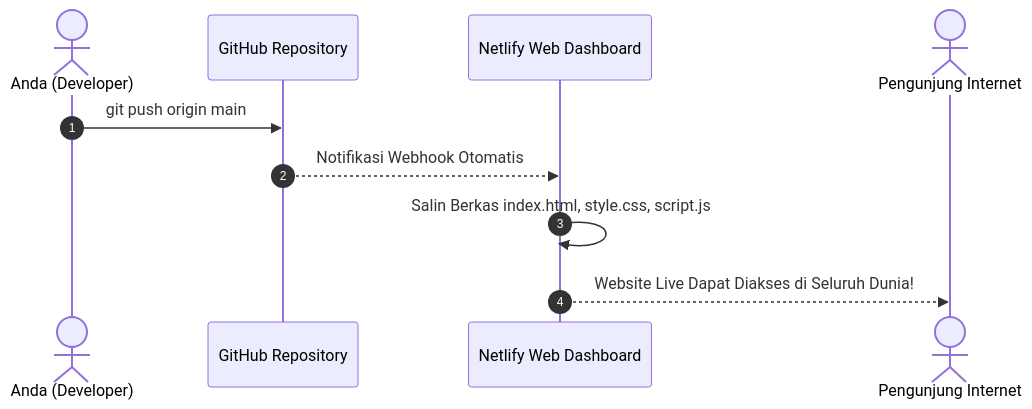
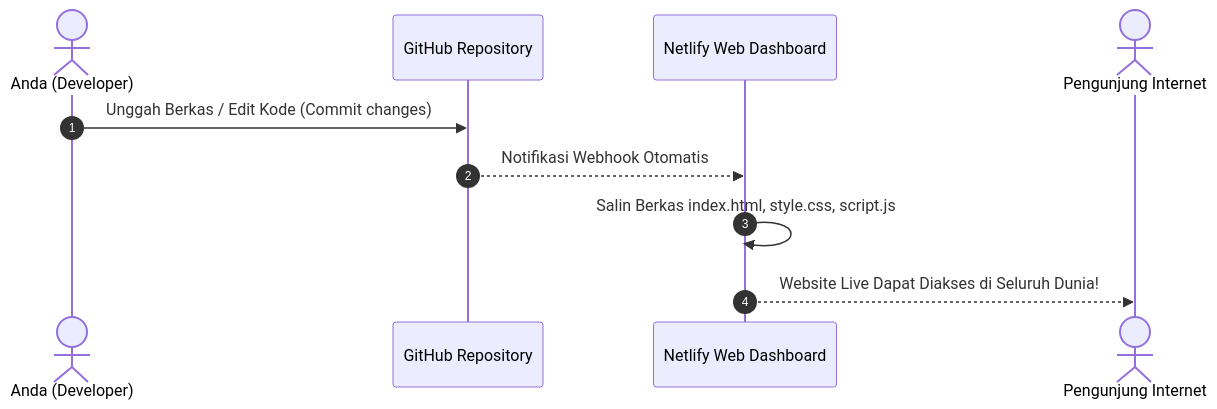
One commit to withered-flowers/materials-ise-2026 changed the diagram in deployment-material/materials/src/content/docs/modul-3/deploy-frontend-statis.mdx. Above: the diagram before and after it, drawn with Mermaid. The commit also changed other lines of this file and 10 other files, not shown here.

````diff
--- a/deployment-material/materials/src/content/docs/modul-3/deploy-frontend-statis.mdx
+++ b/deployment-material/materials/src/content/docs/modul-3/deploy-frontend-statis.mdx
@@ -78,13 +78,13 @@
 ```mermaid
 sequenceDiagram
     autonumber
     actor Dev as Anda (Developer)
     participant GH as GitHub Repository
     participant Netlify as Netlify Web Dashboard
     actor User as Pengunjung Internet
 
-    Dev->>GH: git push origin main
+    Dev->>GH: Unggah Berkas / Edit Kode (Commit changes)
     GH-->>Netlify: Notifikasi Webhook Otomatis
     Netlify->>Netlify: Salin Berkas index.html, style.css, script.js
     Netlify-->>User: Website Live Dapat Diakses di Seluruh Dunia!
 ```
````
